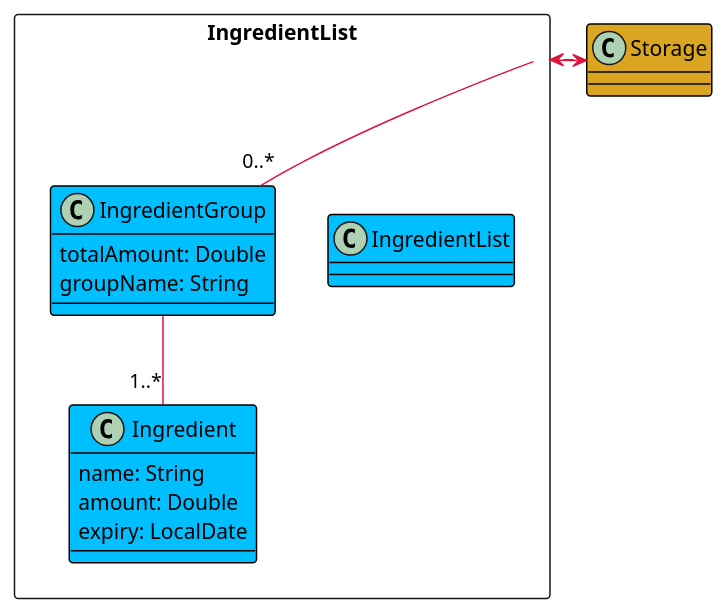
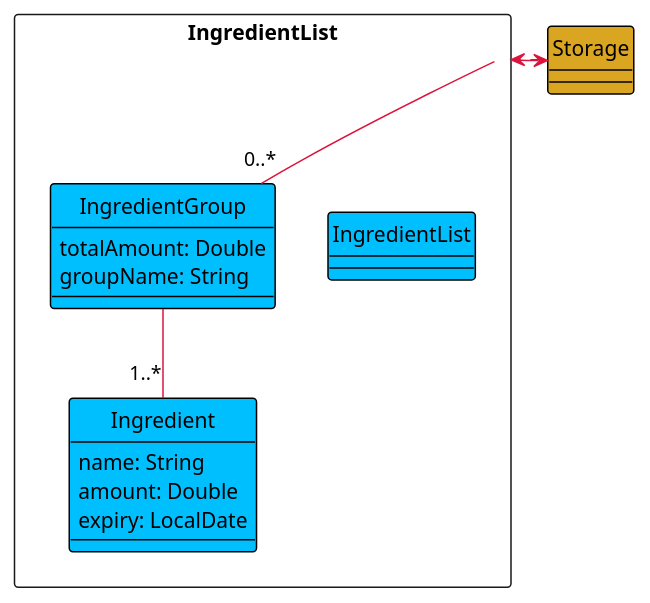
One commit to nus-cs2113-AY2122S1/tp changed the diagram in docs/diagrams/IngredientListDiagram.puml. Above: the diagram before and after it, drawn with PlantUML. The commit also changed 5 other files, not shown here.

Commit message:
Edited class diagrams to fit class notation standard

```diff
--- a/docs/diagrams/IngredientListDiagram.puml
+++ b/docs/diagrams/IngredientListDiagram.puml
@@ -1,30 +1,32 @@
 @startuml
+hide circle
+skinparam classAttributeIconSize 0
+skinparam arrowColor #Crimson
 
-skinparam arrowColor #Crimson
 skinparam class {
     BorderThickness 1
     BorderColor #Black
 }
 
 
 Package "IngredientList"<<RECTANGLE>>{
     class IngredientList #DeepSkyBlue
     class IngredientGroup #DeepSkyBlue
     class Ingredient #DeepSkyBlue
  }
 
 class Storage #GoldenRod
 
 IngredientList -- "0..*" IngredientGroup
 IngredientGroup : totalAmount: Double
 IngredientGroup : groupName: String
 
 IngredientGroup -- "1..*" Ingredient
 Ingredient : name: String
 Ingredient : amount: Double
 Ingredient : expiry: LocalDate
 
 IngredientList -r--> Storage
 Storage -l..>IngredientList
 
 @enduml
```
